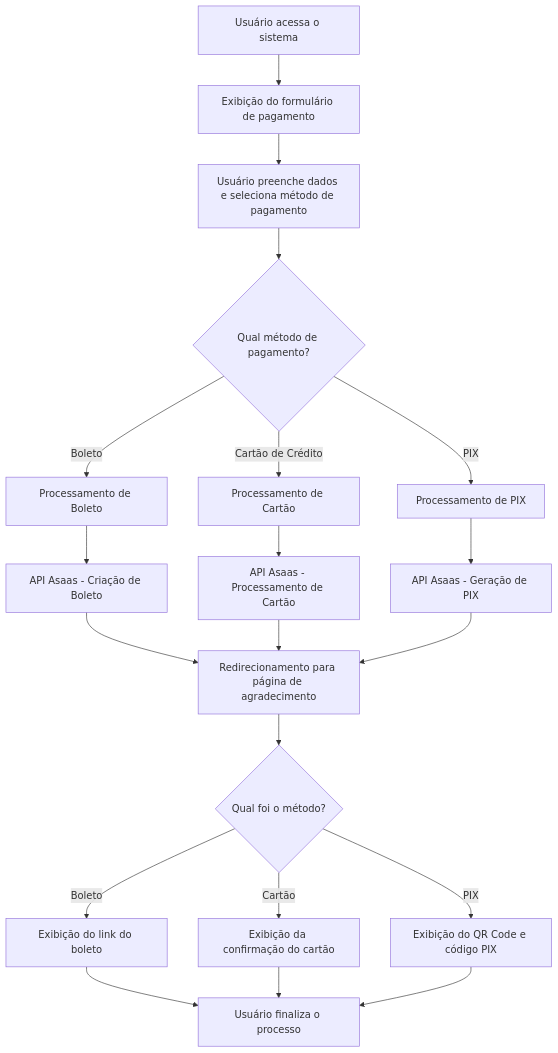
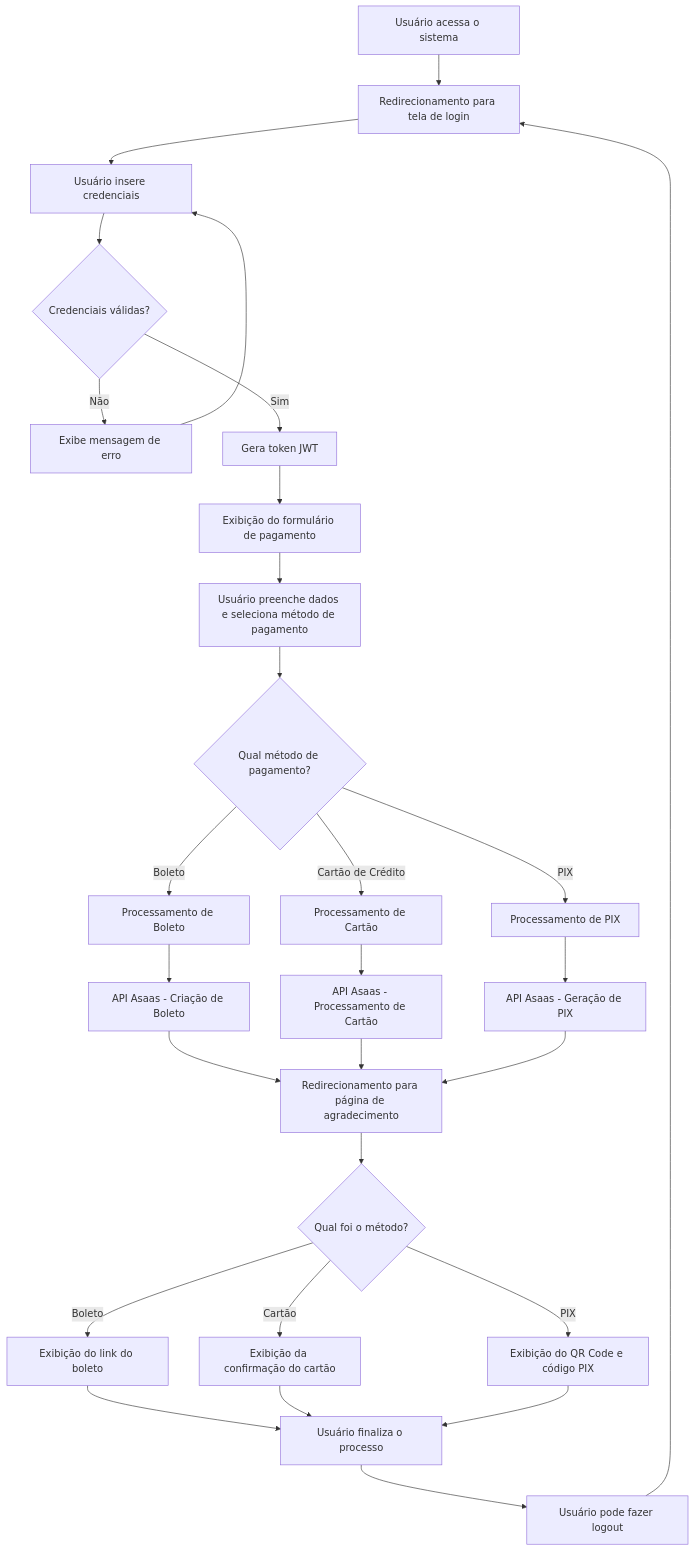
The diagram in README.md (andreabreu76/payment-asaas), drawn with Mermaid before and after one commit. The commit also changed other lines of this file and 14 other files, not shown here.

````diff
--- a/README.md
+++ b/README.md
@@ -126,26 +231,36 @@
 ```mermaid
 flowchart TD
-    A[Usuário acessa o sistema] --> B[Exibição do formulário de pagamento]
+    A[Usuário acessa o sistema] --> AA[Redirecionamento para tela de login]
+    AA --> AB[Usuário insere credenciais]
+    AB --> AC{Credenciais válidas?}
+    AC -->|Não| AD[Exibe mensagem de erro]
+    AD --> AB
+    AC -->|Sim| AE[Gera token JWT]
+    AE --> B[Exibição do formulário de pagamento]
+
     B --> C[Usuário preenche dados e seleciona método de pagamento]
     C --> D{Qual método de pagamento?}
     D -->|Boleto| E1[Processamento de Boleto]
     D -->|Cartão de Crédito| E2[Processamento de Cartão]
     D -->|PIX| E3[Processamento de PIX]
 
     E1 --> F1[API Asaas - Criação de Boleto]
     E2 --> F2[API Asaas - Processamento de Cartão]
     E3 --> F3[API Asaas - Geração de PIX]
 
     F1 --> G[Redirecionamento para página de agradecimento]
     F2 --> G
     F3 --> G
 
     G --> H{Qual foi o método?}
     H -->|Boleto| I1[Exibição do link do boleto]
     H -->|Cartão| I2[Exibição da confirmação do cartão]
     H -->|PIX| I3[Exibição do QR Code e código PIX]
 
     I1 --> J[Usuário finaliza o processo]
     I2 --> J
     I3 --> J
+
+    J --> K[Usuário pode fazer logout]
+    K --> AA
 ```
````
